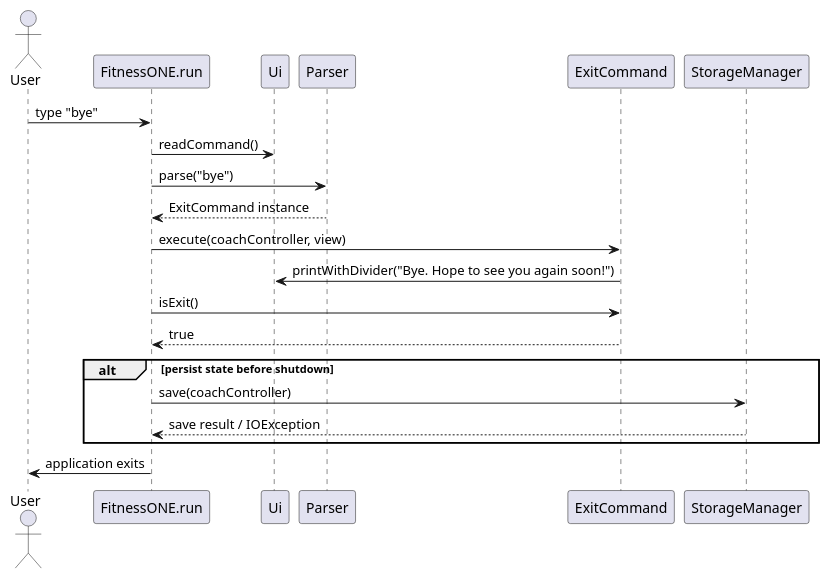
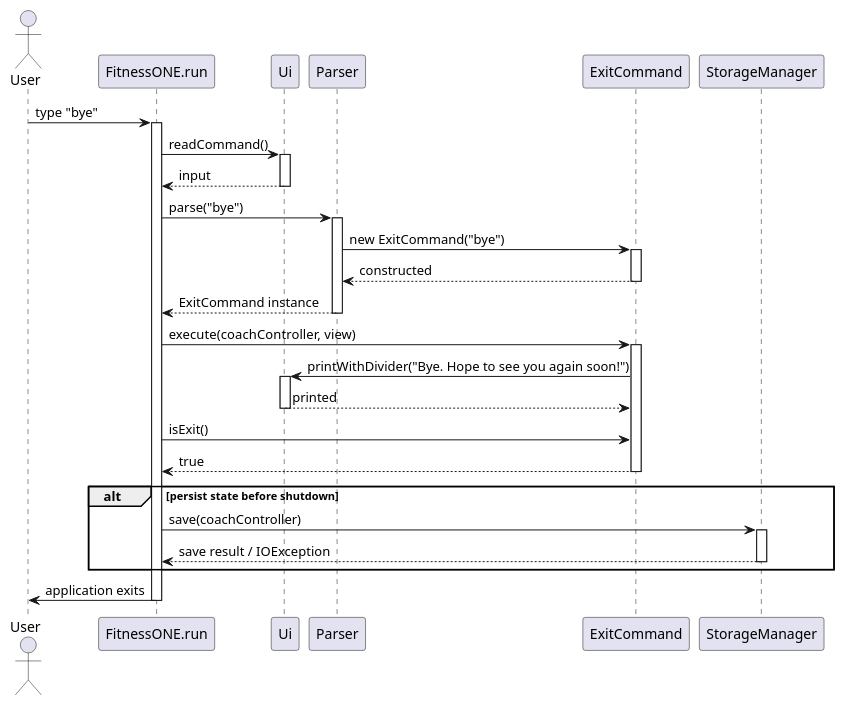
Before and after one commit to AY2526S1-CS2113-W14-1/tp: the diagram in docs/diagrams/Exit_sequence.puml, drawn with PlantUML. The commit also changed 22 other files, not shown here.

Commit message:
modification after PE-dry run 1. indentation for printing new session 2. adding activation bar 3. adding exception to redundant inputs 4. adjusting inputs with extra space

```diff
--- a/docs/diagrams/Exit_sequence.puml
+++ b/docs/diagrams/Exit_sequence.puml
@@ -1,24 +1,47 @@
 @startuml
 actor User
 participant FitnessONE as "FitnessONE.run"
 participant Ui as "Ui"
 participant Parser as "Parser"
 participant ExitCmd as "ExitCommand"
 participant Storage as "StorageManager"
 
 User -> FitnessONE : type "bye"
+activate FitnessONE
+
 FitnessONE -> Ui : readCommand()
+activate Ui
+Ui --> FitnessONE : input
+deactivate Ui
+
 FitnessONE -> Parser : parse("bye")
+activate Parser
+' Parser constructs the command so the activation bar is attached to the command header
+Parser -> ExitCmd ++ : new ExitCommand("bye")
+ExitCmd --> Parser -- : constructed
 Parser --> FitnessONE : ExitCommand instance
+deactivate Parser
+
 FitnessONE -> ExitCmd : execute(coachController, view)
+activate ExitCmd
+
 ExitCmd -> Ui : printWithDivider("Bye. Hope to see you again soon!")
+activate Ui
+Ui --> ExitCmd : printed
+deactivate Ui
+
 FitnessONE -> ExitCmd : isExit()
 ExitCmd --> FitnessONE : true
 
+deactivate ExitCmd
+
 alt persist state before shutdown
     FitnessONE -> Storage : save(coachController)
+    activate Storage
     Storage --> FitnessONE : save result / IOException
+    deactivate Storage
 end
 
 FitnessONE -> User : application exits
+deactivate FitnessONE
 @enduml
```
